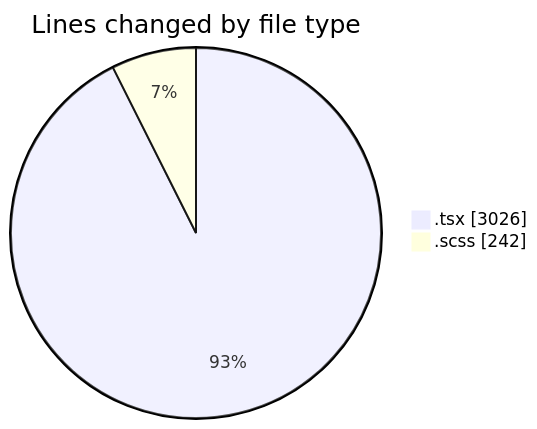
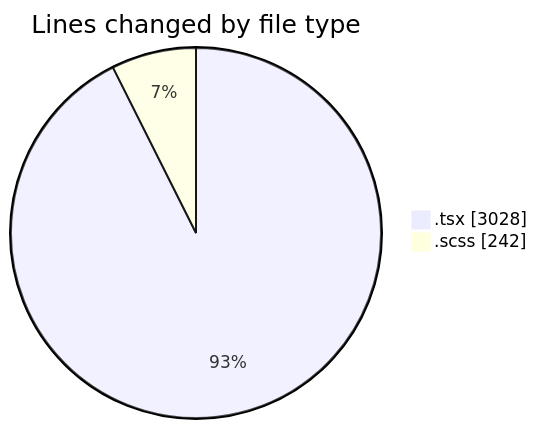
One commit to momahboobian/code-tracking changed the first of 2 diagrams in 2025-07-03/cda/README.md. Above: the diagram before and after it, drawn with Mermaid. The commit also changed other lines of this file and 1 other file, not shown here.

````diff
--- a/2025-07-03/cda/README.md
+++ b/2025-07-03/cda/README.md
@@ -34,6 +34,6 @@
 ```mermaid
 pie showData
 title Lines changed by file type
-".tsx" : 3026
+".tsx" : 3028
 ".scss" : 242
 ```
````
